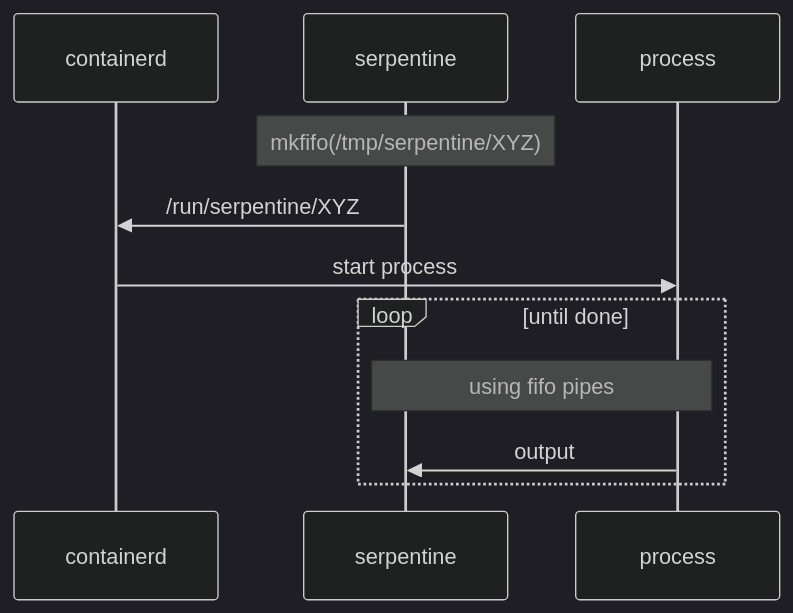
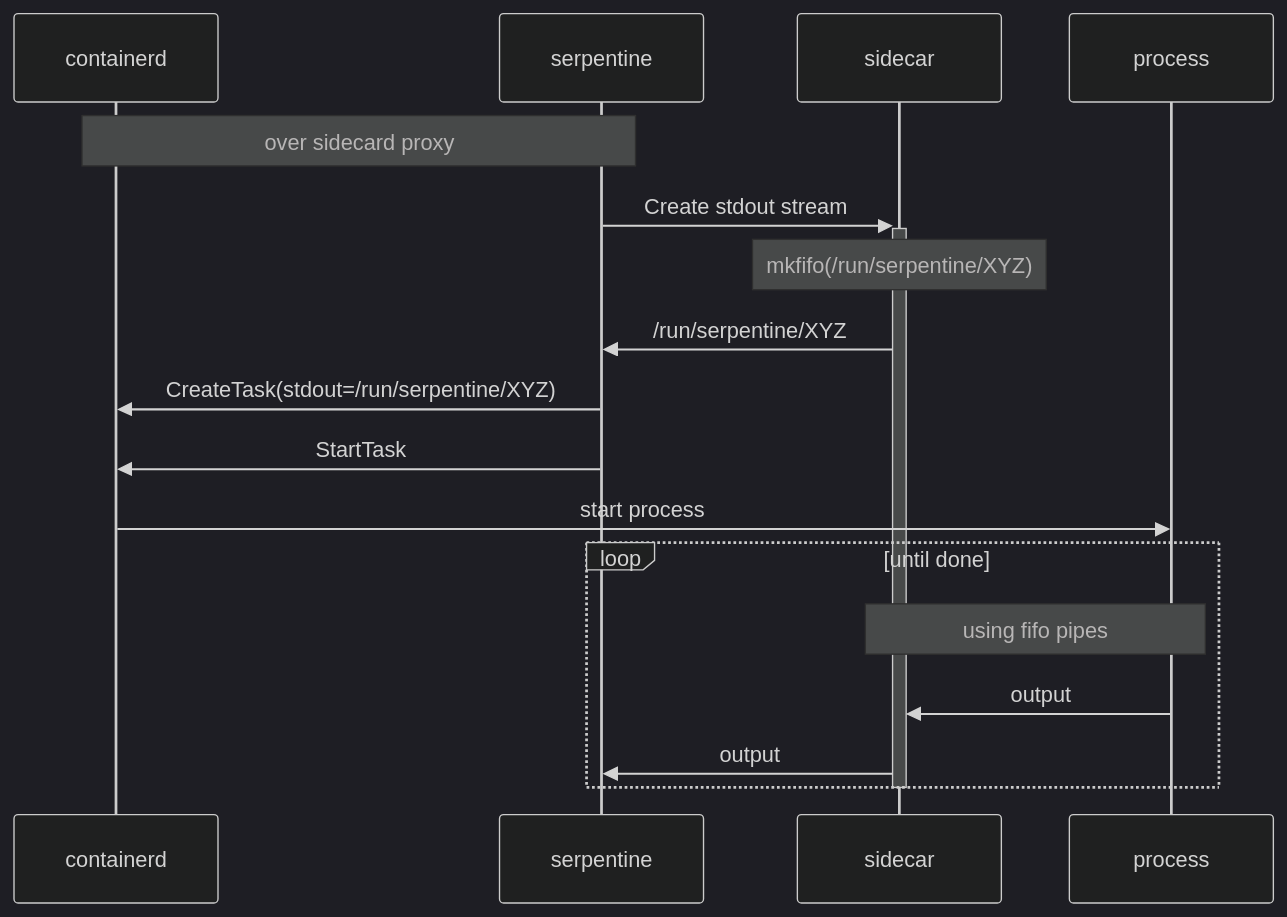
Before and after one commit to Serpent-Tools/serpentine: the fourth of 4 diagrams in book/src/containerd.md, drawn with Mermaid (dark theme). The commit also changed other lines of this file and 24 other files, not shown here.

````diff
--- a/book/src/containerd.md
+++ b/book/src/containerd.md
@@ -98,14 +98,22 @@
 ```mermaid
 sequenceDiagram
     participant containerd
     participant serpentine
+    participant sidecar
     participant process
 
-    note over serpentine : mkfifo(/tmp/serpentine/XYZ)
-    serpentine ->> containerd : /run/serpentine/XYZ
+    note over serpentine,containerd: over sidecard proxy
+
+    serpentine ->>+ sidecar : Create stdout stream
+    note over sidecar : mkfifo(/run/serpentine/XYZ)
+    sidecar ->> serpentine : /run/serpentine/XYZ
+    serpentine ->> containerd : CreateTask(stdout=/run/serpentine/XYZ)
+    serpentine ->> containerd : StartTask
     containerd ->> process : start process
     loop until done
-        note over serpentine,process: using fifo pipes
-        process ->> serpentine: output
+        note over sidecar,process: using fifo pipes
+        process ->> sidecar: output
+        sidecar ->> serpentine: output
     end
+    deactivate sidecar
 ```
````
